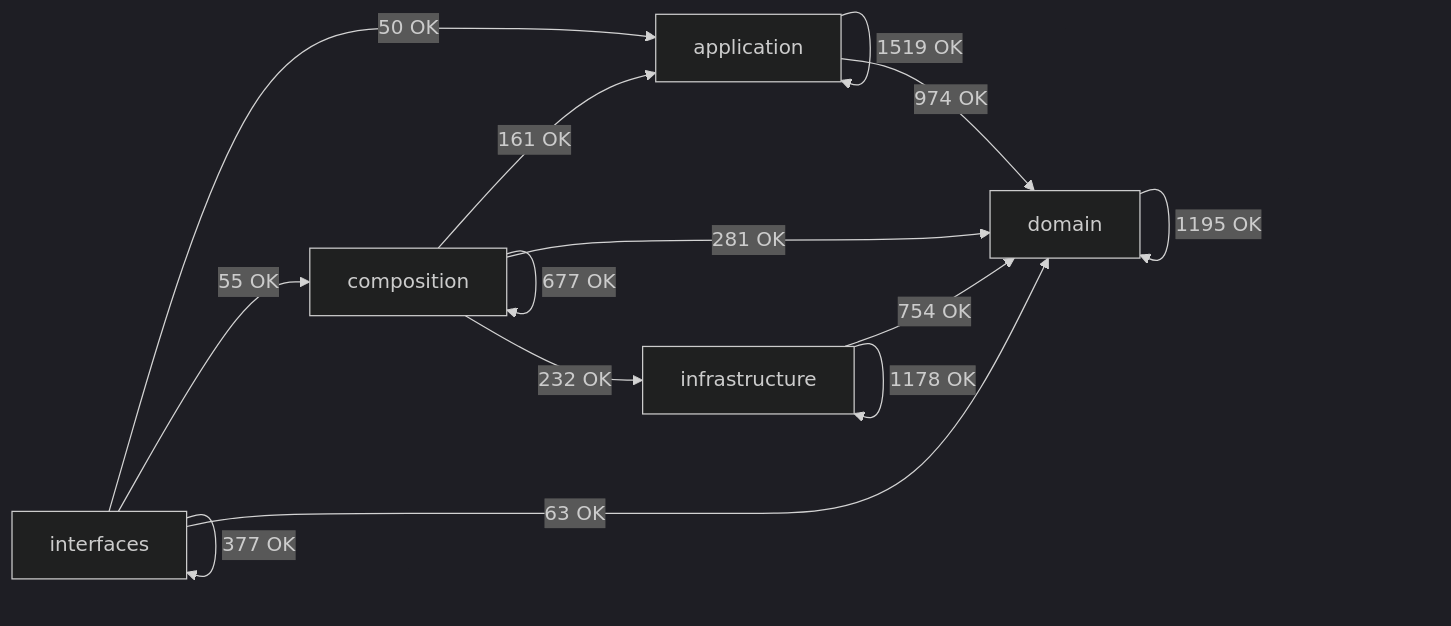
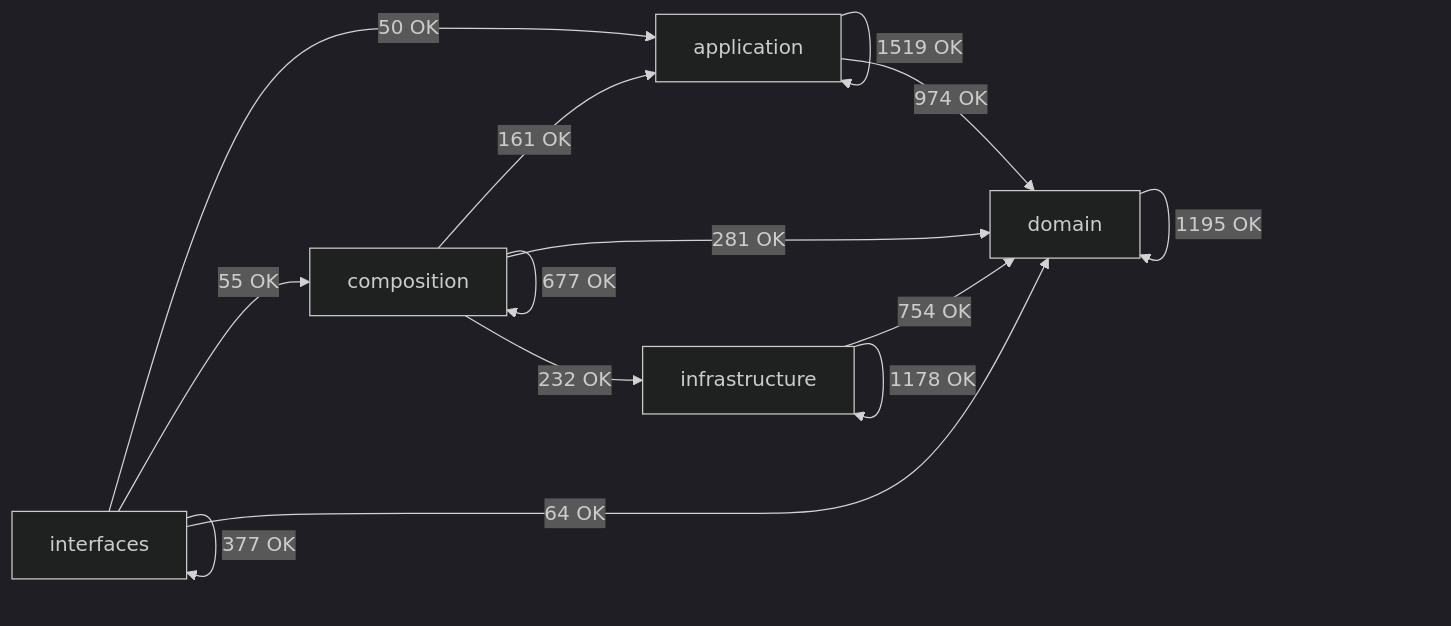
One commit to SatoryKono/BioactivityDataAcquisition changed the diagram in docs/02-architecture/generated/module-dependency-map.md. Above: the diagram before and after it, drawn with Mermaid (dark theme). The commit also changed other lines of this file and 6 other files, not shown here.

````diff
--- a/docs/02-architecture/generated/module-dependency-map.md
+++ b/docs/02-architecture/generated/module-dependency-map.md
@@ -17,21 +17,21 @@
 ```mermaid
 flowchart LR
     domain[domain]
     application[application]
     infrastructure[infrastructure]
     composition[composition]
     interfaces[interfaces]
     application -->|1519 OK| application
     application -->|974 OK| domain
     composition -->|161 OK| application
     composition -->|677 OK| composition
     composition -->|281 OK| domain
     composition -->|232 OK| infrastructure
     domain -->|1195 OK| domain
     infrastructure -->|754 OK| domain
     infrastructure -->|1178 OK| infrastructure
     interfaces -->|50 OK| application
     interfaces -->|55 OK| composition
-    interfaces -->|63 OK| domain
+    interfaces -->|64 OK| domain
     interfaces -->|377 OK| interfaces
 ```
````
